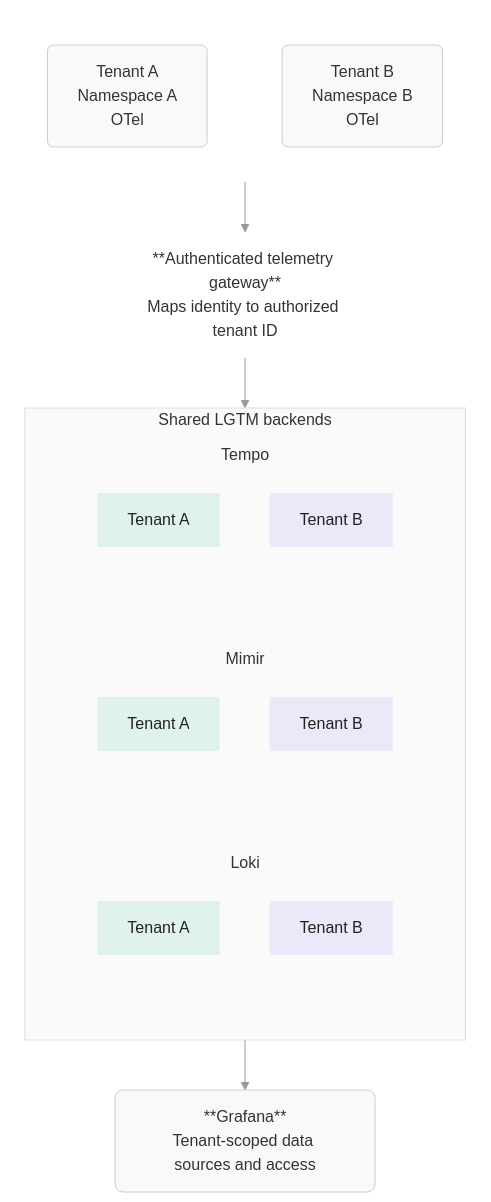
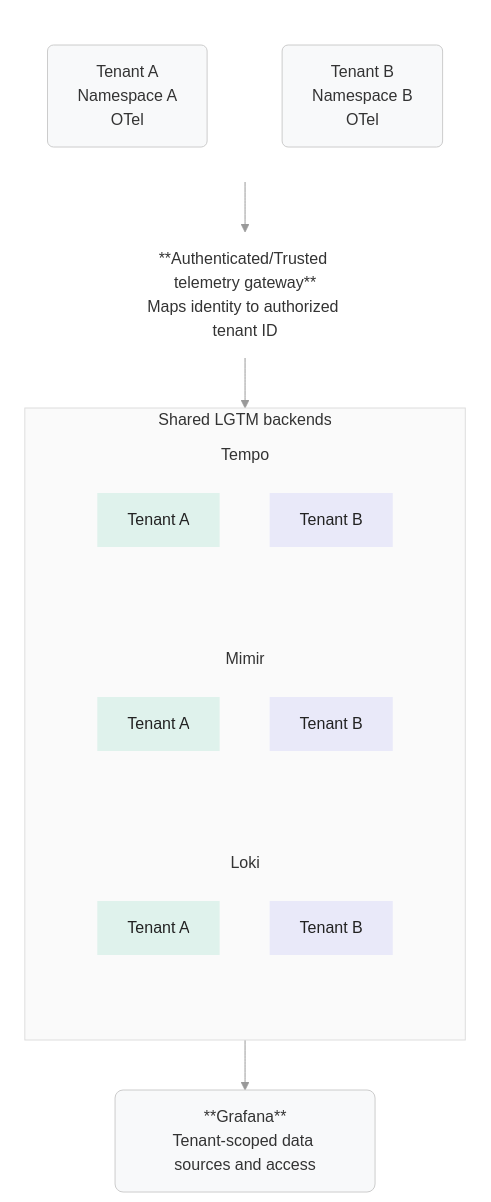
The second of 2 diagrams in charts/lgtm-grafana/TENANCY.md (rezakaramad/kubepave), drawn with Mermaid before and after one commit. The commit also changed other lines of this file, not shown here.

````diff
--- a/charts/lgtm-grafana/TENANCY.md
+++ b/charts/lgtm-grafana/TENANCY.md
@@ -166,59 +168,59 @@
 ```mermaid
 flowchart TB
     subgraph Tenants[" "]
         direction LR
         A["Tenant A<br/>Namespace A<br/>OTel"]
         B["Tenant B<br/>Namespace B<br/>OTel"]
         A ~~~ B
     end
 
-    Gateway["**Authenticated telemetry gateway**<br/>Maps identity to authorized tenant ID"]
+    Gateway["**Authenticated/Trusted telemetry gateway**<br/>Maps identity to authorized tenant ID"]
 
     subgraph LGTM["Shared LGTM backends"]
         direction LR
 
         subgraph Loki["Loki"]
             direction TB
             LA["Tenant A"]
             LB["Tenant B"]
         end
 
         subgraph Mimir["Mimir"]
             direction TB
             MA["Tenant A"]
             MB["Tenant B"]
         end
 
         subgraph Tempo["Tempo"]
             direction TB
             TA["Tenant A"]
             TB2["Tenant B"]
         end
     end
 
     Grafana["**Grafana**<br/>Tenant-scoped data sources and access"]
 
     Tenants --> Gateway
     Gateway --> LGTM
     LGTM --> Grafana
 
     style Tenants fill:none,stroke:none
     style A fill:#f8f9fa,stroke:#ccc,stroke-width:1px,rx:6,ry:6
     style B fill:#f8f9fa,stroke:#ccc,stroke-width:1px,rx:6,ry:6
     style Gateway fill:none,stroke:none
     style LGTM fill:#fafafa,stroke:#ddd,stroke-width:1px
     style Grafana fill:#f8f9fa,stroke:#ccc,stroke-width:1px,rx:8,ry:8
 
     style Loki fill:none,stroke:none
     style Mimir fill:none,stroke:none
     style Tempo fill:none,stroke:none
 
     classDef tenantA fill:#dff2ec,stroke:none,color:#222
     classDef tenantB fill:#e9e9f9,stroke:none,color:#222
 
     class LA,MA,TA tenantA
     class LB,MB,TB2 tenantB
 
     linkStyle 0 stroke:transparent,stroke-width:0px
     linkStyle 1,2,3 stroke:#999,stroke-width:1px
 ```
````
